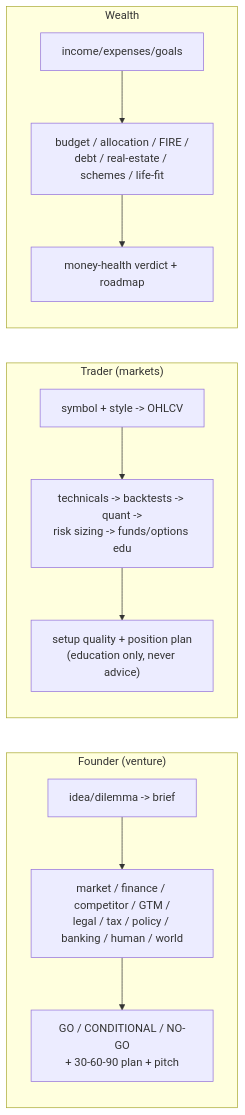
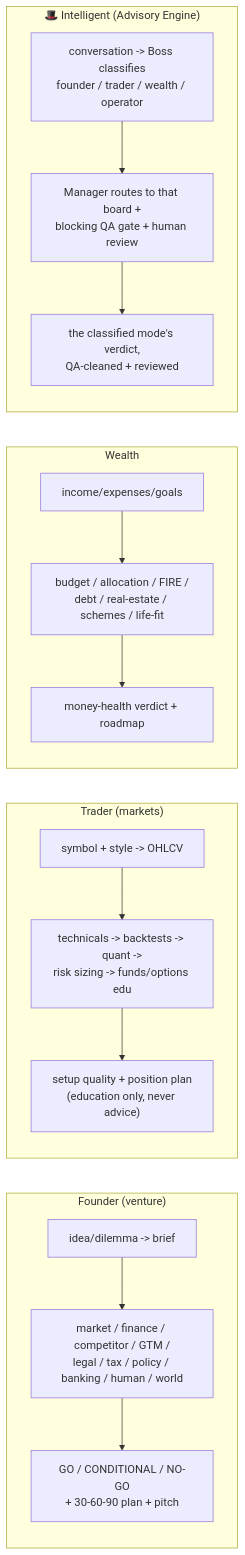
Before and after one commit to Srujan29112001/EIP: the fifth of 9 diagrams in README.md, drawn with Mermaid. The commit also changed other lines of this file and 21 other files, not shown here.

First line of the commit message:
feat(phase-16): Intelligent Mode — the Advisory Engine (4th mode)

````diff
--- a/README.md
+++ b/README.md
@@ -252,12 +258,15 @@
 ```mermaid
 flowchart LR
     subgraph F["Founder (venture)"]
         f1["idea/dilemma -> brief"] --> f2["market / finance / competitor / GTM /<br/>legal / tax / policy / banking / human / world"] --> f3["GO / CONDITIONAL / NO-GO<br/>+ 30-60-90 plan + pitch"]
     end
     subgraph T["Trader (markets)"]
         t1["symbol + style -> OHLCV"] --> t2["technicals -> backtests -> quant -><br/>risk sizing -> funds/options edu"] --> t3["setup quality + position plan<br/>(education only, never advice)"]
     end
     subgraph W["Wealth"]
         w1["income/expenses/goals"] --> w2["budget / allocation / FIRE /<br/>debt / real-estate / schemes / life-fit"] --> w3["money-health verdict + roadmap"]
     end
+    subgraph I["🎩 Intelligent (Advisory Engine)"]
+        i1["conversation -> Boss classifies<br/>founder / trader / wealth / operator"] --> i2["Manager routes to that board +<br/>blocking QA gate + human review"] --> i3["the classified mode's verdict,<br/>QA-cleaned + reviewed"]
+    end
 ```
````
